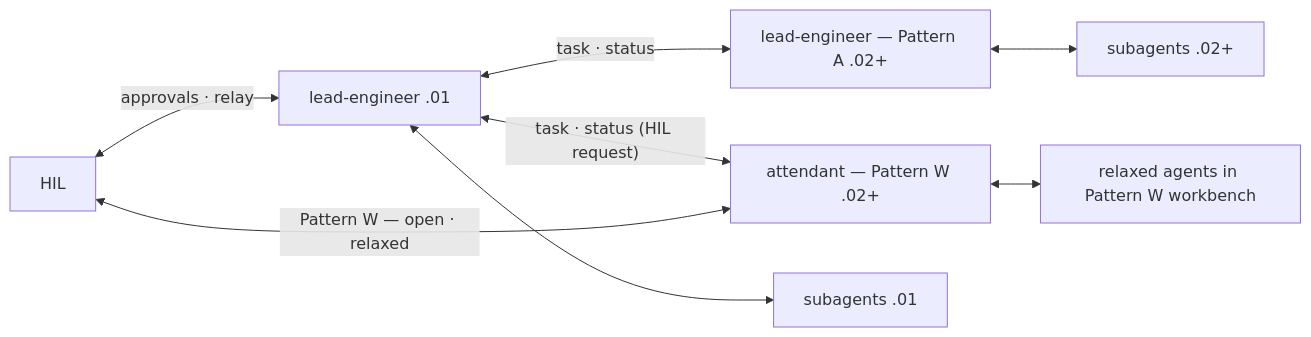
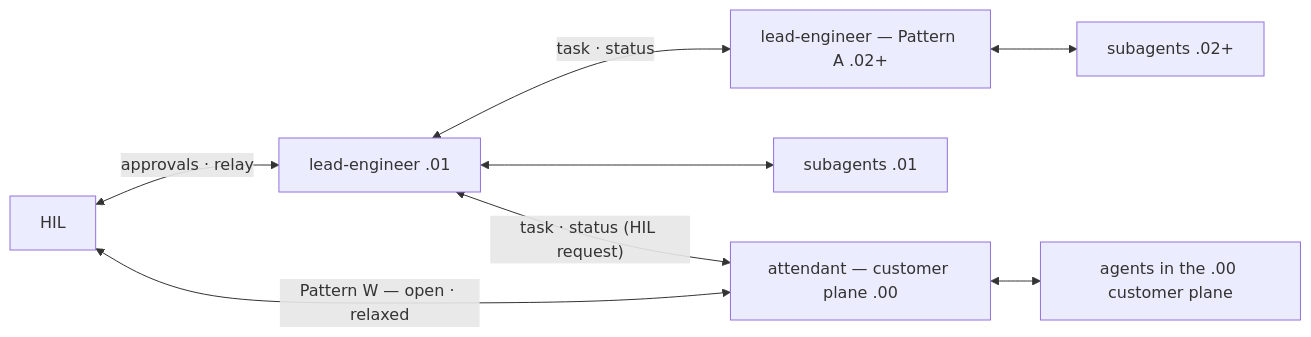
The second of 4 diagrams in mddocs/onboarding/visual-overview.md (sworley/AgenticCore), drawn with Mermaid before and after one commit. The commit also changed other lines of this file and 4 other files, not shown here.

First line of the commit message:
docs: document customer/project plane provisioning (two-plane model)

````diff
--- a/mddocs/onboarding/visual-overview.md
+++ b/mddocs/onboarding/visual-overview.md
@@ -43,10 +45,10 @@
 ```mermaid
 flowchart LR
     HIL[HIL] <-->|"approvals · relay"| L01[lead-engineer .01]
     L01 <-->|"task · status"| L02[lead-engineer — Pattern A .02+]
-    L01 <-->|"task · status (HIL request)"| ATT[attendant — Pattern W .02+]
     L02 <--> SUB[subagents .02+]
-    ATT <--> ASUB[relaxed agents in Pattern W workbench]
     L01 <--> S01[subagents .01]
+    L01 <-->|"task · status (HIL request)"| ATT[attendant — customer plane .00]
+    ATT <--> ASUB[agents in the .00 customer plane]
     HIL <-->|"Pattern W — open · relaxed"| ATT
 ```
````
